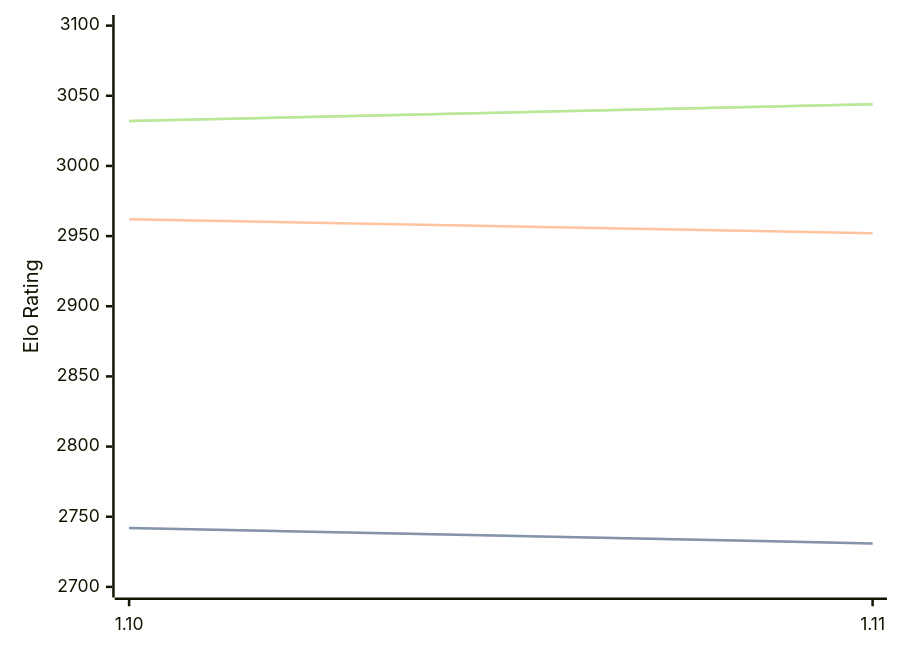
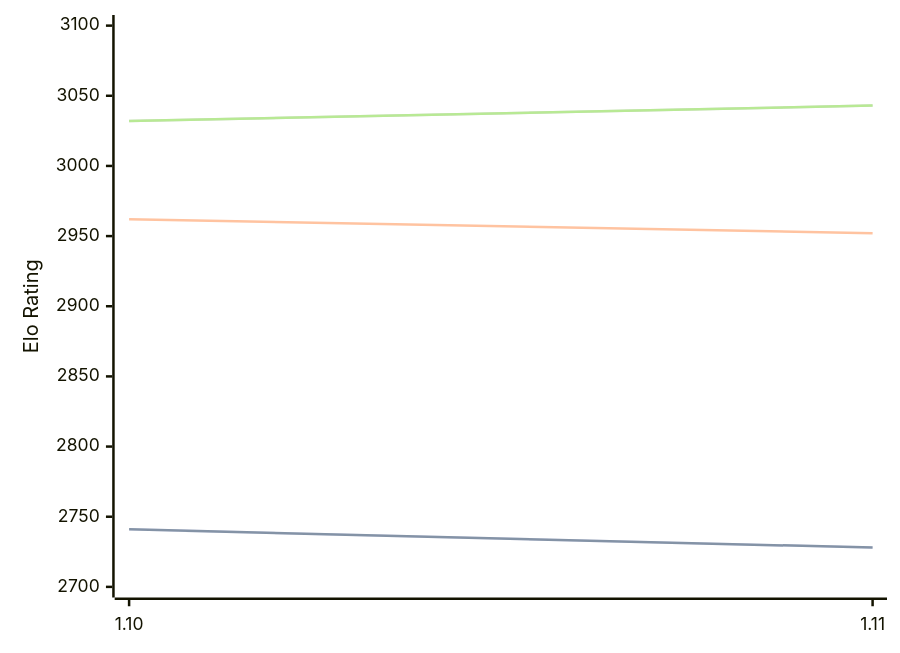
Before and after one commit to computer-chess-index/cci: the diagram in engines/Roc.md, drawn with Mermaid. The commit also changed other lines of this file, not shown here.

Commit message:
Update CCI Ratings (ELO VLTC) - 2026-09-23

````diff
--- a/engines/Roc.md
+++ b/engines/Roc.md
@@ -42,11 +42,11 @@
 ```mermaid
 %%{init: {"theme":"base","themeVariables":{"seriesColors:['#a3a3a3','#222221','#faa371']}}}%%
 xychart-beta
   x-axis ["1.10", "1.11"]
   y-axis "Elo Rating" 2700 --> 3100
-  line "" [2742, 2731]
-  line "STC (8.0+0.08s)" [2742, 2731]
+  line "" [2741, 2728]
+  line "STC (8.0+0.08s)" [2741, 2728]
   line "LTC (60.0+0.60s)" [2962, 2952]
-  line "" [3032, 3044]
-  line "VLTC (2m24s+1.12s)" [3032, 3044]
+  line "" [3032, 3043]
+  line "VLTC (2m24s+1.12s)" [3032, 3043]
 ```
````
